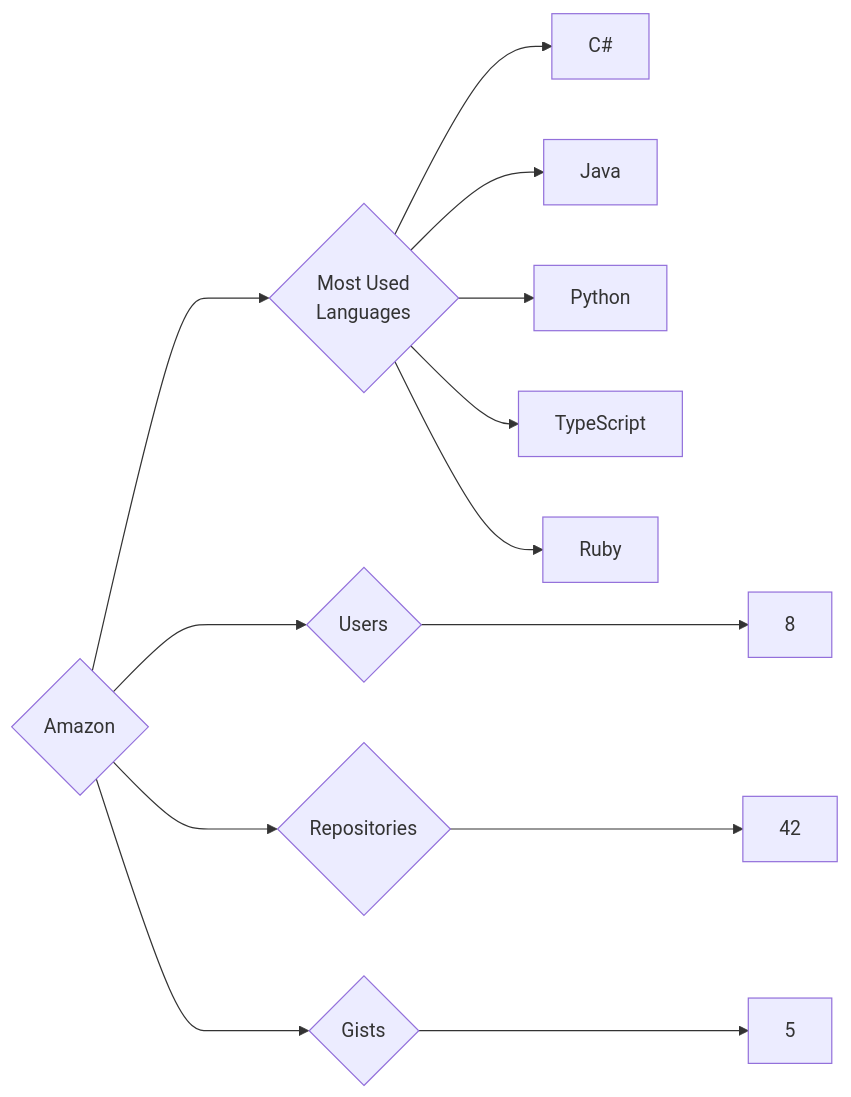
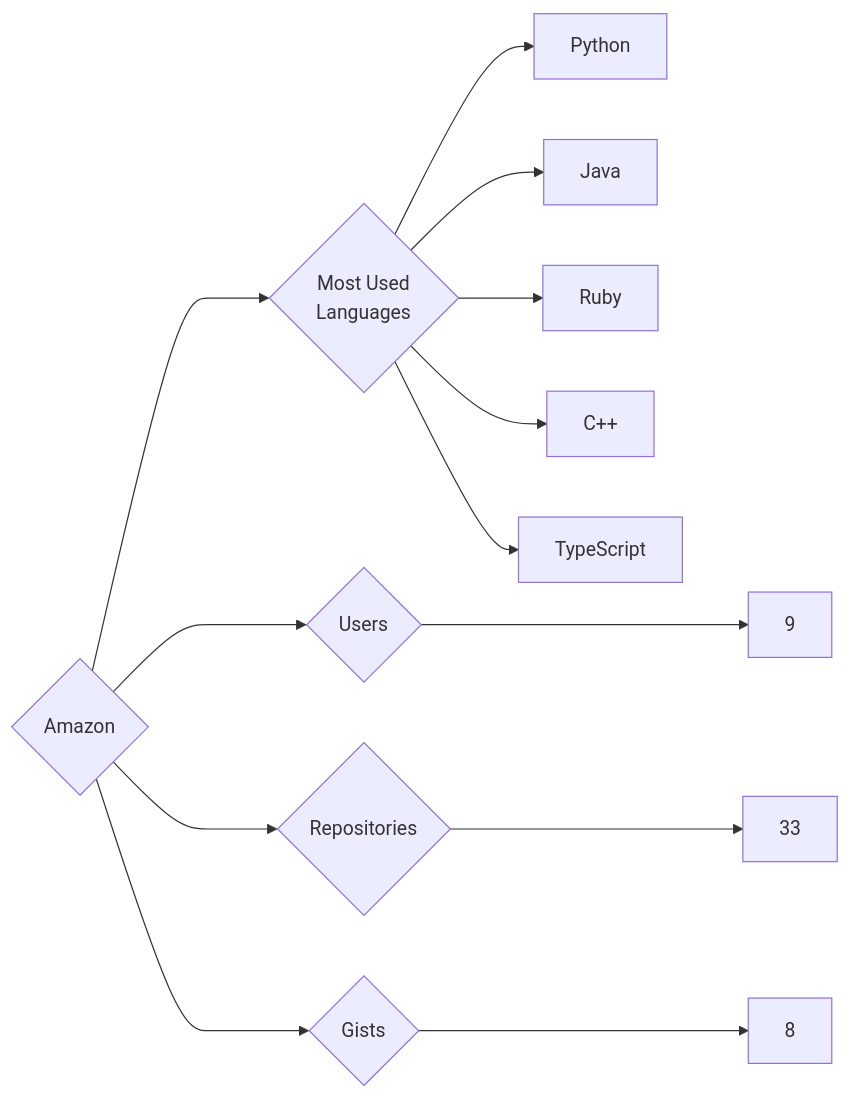
Before and after one commit to trickest/insiders: the diagram in targets/Amazon/README.md, drawn with Mermaid. The commit also changed 1167 other files, not shown here.

````diff
--- a/targets/Amazon/README.md
+++ b/targets/Amazon/README.md
@@ -3,13 +3,13 @@
 ```mermaid
 graph LR
 COMPANY_NAME{Amazon}
-COMPANY_NAME ---> U{Users} ---> UN[8]
-COMPANY_NAME ---> R{Repositories} ---> RN[42]
-COMPANY_NAME ---> G{Gists} ---> GN[5]
+COMPANY_NAME ---> U{Users} ---> UN[9]
+COMPANY_NAME ---> R{Repositories} ---> RN[33]
+COMPANY_NAME ---> G{Gists} ---> GN[8]
 COMPANY_NAME ---> ML{Most Used<br>Languages}
-ML --> C#[C#]
+ML --> Python[Python]
 ML --> Java[Java]
-ML --> Python[Python]
+ML --> Ruby[Ruby]
+ML --> C++[C++]
 ML --> TypeScript[TypeScript]
-ML --> Ruby[Ruby]
 ```
````
